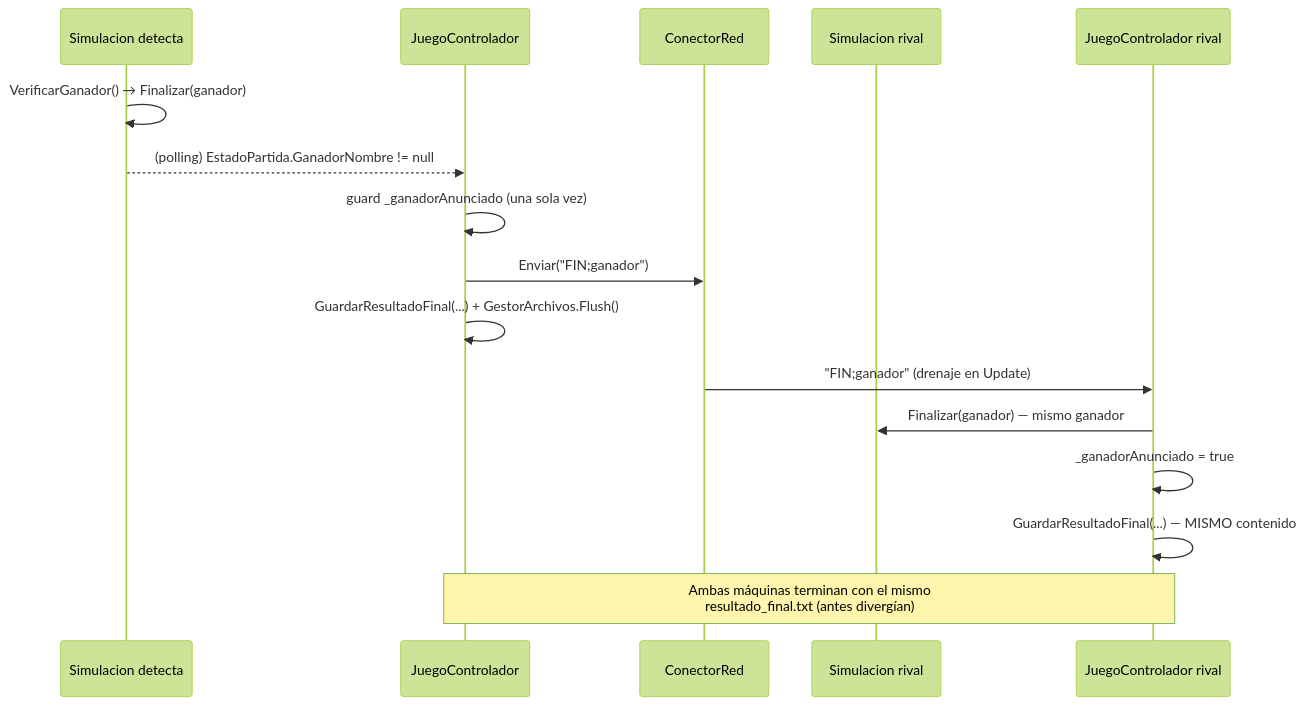
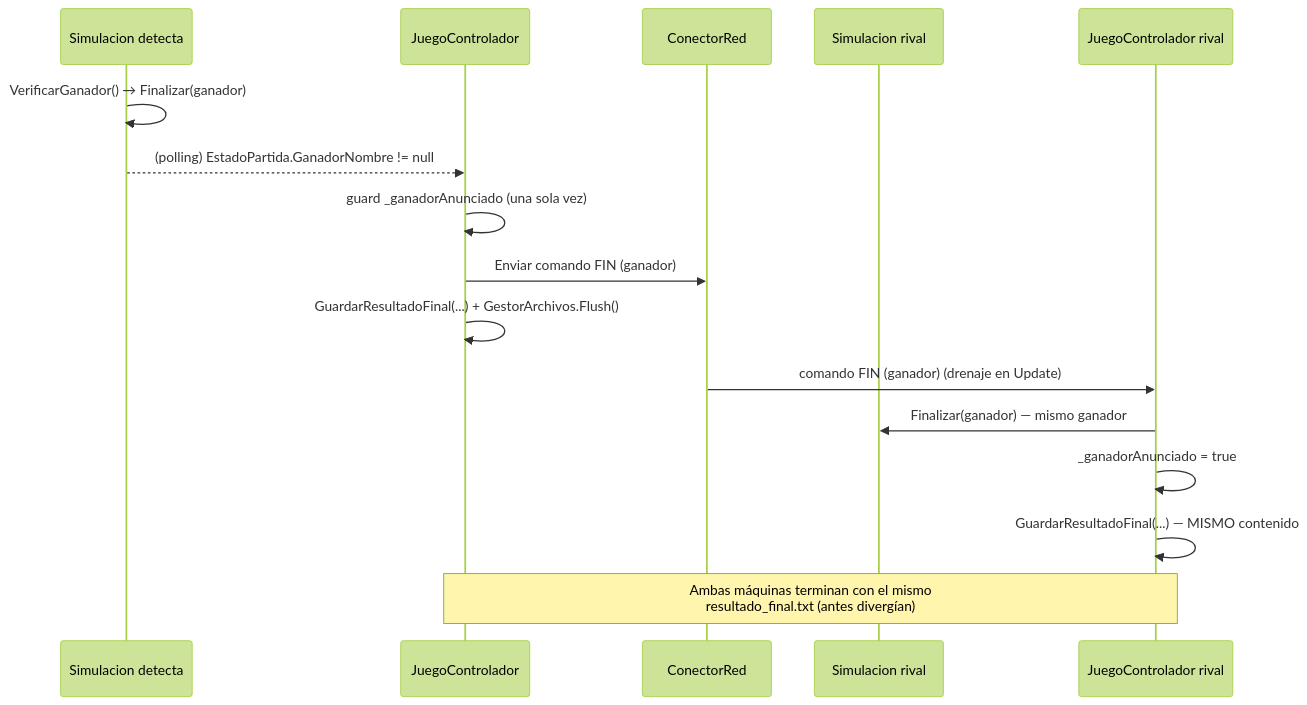
The eighth of 10 diagrams in DOCUMENTACION.md (bardock7238/RTS-Academico), drawn with Mermaid (forest theme) before and after one commit. The commit also changed other lines of this file, not shown here.

Commit message:
docs(proyecto): evitar entidades HTML en diagramas de secuencia

````diff
--- a/DOCUMENTACION.md
+++ b/DOCUMENTACION.md
@@ -523,20 +525,20 @@
 ```mermaid
 sequenceDiagram
     participant S as Simulacion detecta
     participant C as JuegoControlador
     participant CR as ConectorRed
     participant S2 as Simulacion rival
     participant C2 as JuegoControlador rival
 
     S->>S: VerificarGanador() → Finalizar(ganador)
     S-->>C: (polling) EstadoPartida.GanadorNombre != null
     C->>C: guard _ganadorAnunciado (una sola vez)
-    C->>CR: Enviar("FIN#59;ganador")
+    C->>CR: Enviar comando FIN (ganador)
     C->>C: GuardarResultadoFinal(...) + GestorArchivos.Flush()
 
-    CR->>C2: "FIN#59;ganador" (drenaje en Update)
+    CR->>C2: comando FIN (ganador) (drenaje en Update)
     C2->>S2: Finalizar(ganador) — mismo ganador
     C2->>C2: _ganadorAnunciado = true
     C2->>C2: GuardarResultadoFinal(...) — MISMO contenido
     Note over C,C2: Ambas máquinas terminan con el mismo<br/>resultado_final.txt (antes divergían)
 ```
````
